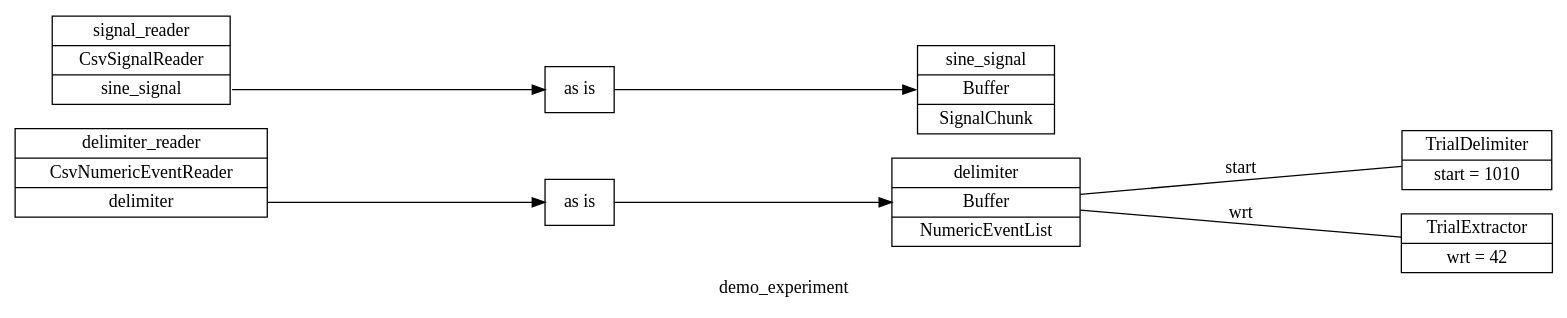
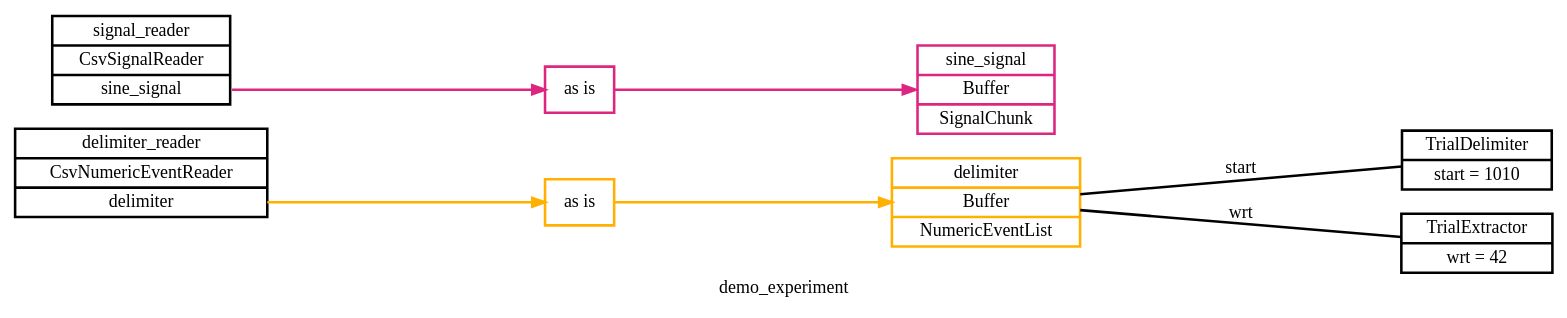
Before and after one commit to benjamin-heasly/gold-lab-nwb-conversions: the diagram in pyramid/docs/signal-demo/demo_experiment.dot, drawn with Graphviz. The commit also changed 6 other files, not shown here.

Commit message:
Try color-coding Pyramid routes from reader to buffer.

```diff
--- a/pyramid/docs/signal-demo/demo_experiment.dot
+++ b/pyramid/docs/signal-demo/demo_experiment.dot
@@ -1,17 +1,19 @@
 digraph demo_experiment {
 	graph [label=demo_experiment overlap=scale rankdir=LR ranksep=3.0 splines=false]
+	node [penwidth=2.0]
+	edge [penwidth=2.0]
 	delimiter_reader [label="delimiter_reader|CsvNumericEventReader|<delimiter>delimiter" shape=record]
 	signal_reader [label="signal_reader|CsvSignalReader|<sine_signal>sine_signal" shape=record]
-	delimiter [label="delimiter|Buffer|NumericEventList" shape=record]
-	sine_signal [label="sine_signal|Buffer|SignalChunk" shape=record]
-	delimiter_reader_route_0 [label="as is" shape=record]
-	delimiter_reader:delimiter:e -> delimiter_reader_route_0:w
-	delimiter_reader_route_0:e -> delimiter:w
-	signal_reader_route_0 [label="as is" shape=record]
-	signal_reader:sine_signal:e -> signal_reader_route_0:w
-	signal_reader_route_0:e -> sine_signal:w
+	delimiter [label="delimiter|Buffer|NumericEventList" color="#FFB000" shape=record]
+	sine_signal [label="sine_signal|Buffer|SignalChunk" color="#DC267F" shape=record]
+	delimiter_reader_route_0 [label="as is" color="#FFB000" shape=record]
+	delimiter_reader:delimiter:e -> delimiter_reader_route_0:w [color="#FFB000"]
+	delimiter_reader_route_0:e -> delimiter:w [color="#FFB000"]
+	signal_reader_route_0 [label="as is" color="#DC267F" shape=record]
+	signal_reader:sine_signal:e -> signal_reader_route_0:w [color="#DC267F"]
+	signal_reader_route_0:e -> sine_signal:w [color="#DC267F"]
 	trial_delimiter [label="TrialDelimiter|start = 1010" shape=record]
 	delimiter -> trial_delimiter [label=start arrowhead=none arrowtail=none]
 	trial_extractor [label="TrialExtractor|wrt = 42" shape=record]
 	delimiter -> trial_extractor [label=wrt arrowhead=none arrowtail=none]
 }
```
